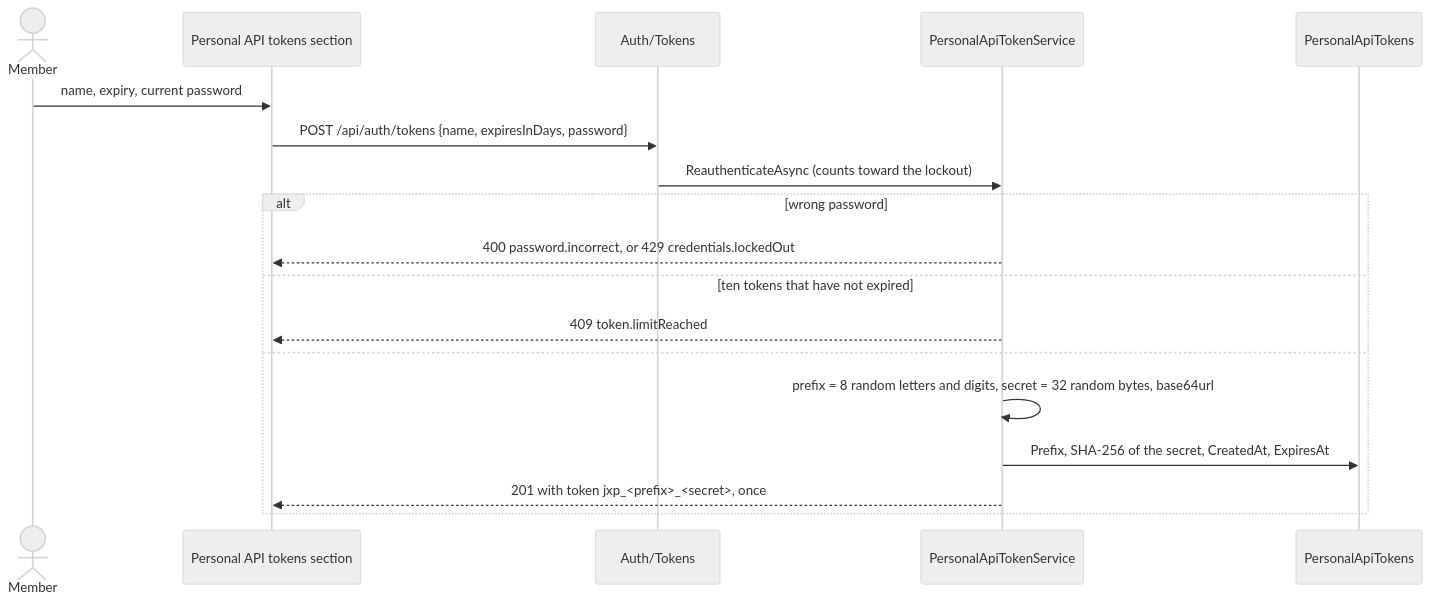
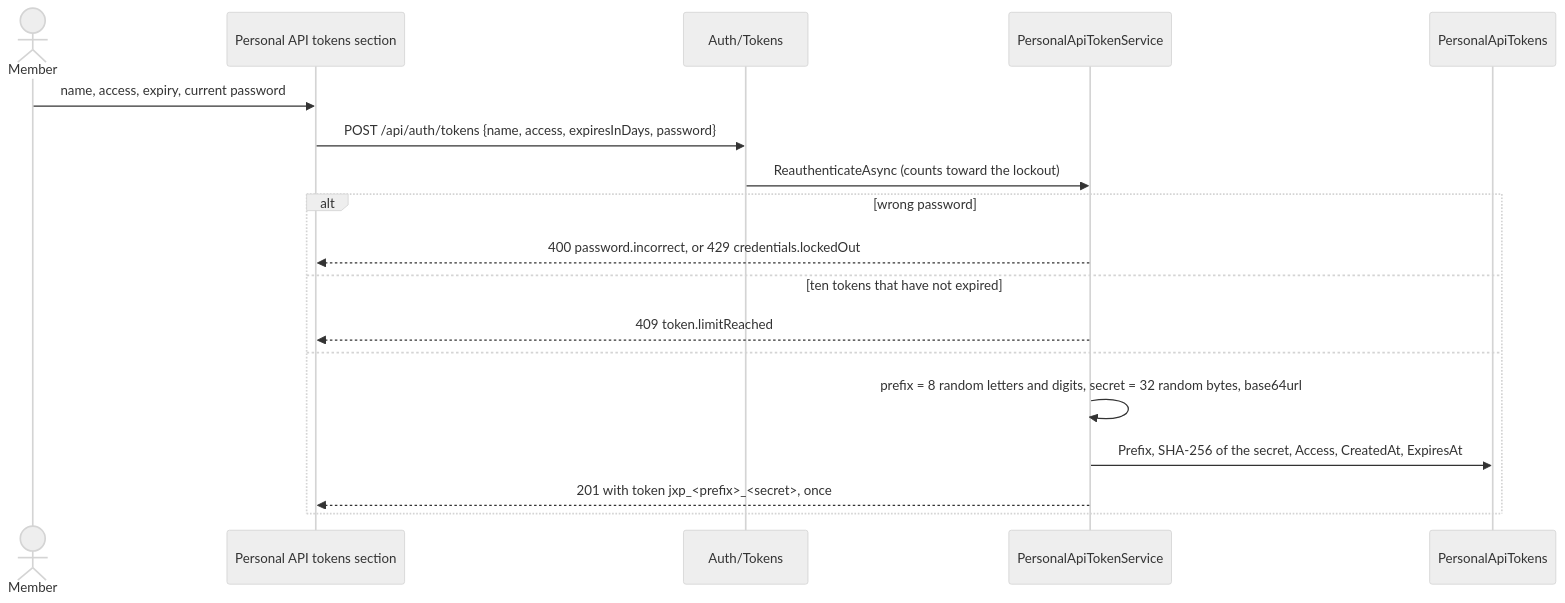
One commit to Justxs/Jx-Finance changed the diagram in docs/features/personal-api-tokens.md. Above: the diagram before and after it, drawn with Mermaid (neutral theme). The commit also changed other lines of this file and 117 other files, not shown here.

First line of the commit message:
feat(auth): let personal API tokens write, and add a read-only MCP server

````diff
--- a/docs/features/personal-api-tokens.md
+++ b/docs/features/personal-api-tokens.md
@@ -13,20 +13,20 @@
 ```mermaid
 sequenceDiagram
     actor Member
     participant App as Personal API tokens section
     participant Api as Auth/Tokens
     participant Svc as PersonalApiTokenService
     participant Db as PersonalApiTokens
-    Member->>App: name, expiry, current password
-    App->>Api: POST /api/auth/tokens {name, expiresInDays, password}
+    Member->>App: name, access, expiry, current password
+    App->>Api: POST /api/auth/tokens {name, access, expiresInDays, password}
     Api->>Svc: ReauthenticateAsync (counts toward the lockout)
     alt wrong password
         Svc-->>App: 400 password.incorrect, or 429 credentials.lockedOut
     else ten tokens that have not expired
         Svc-->>App: 409 token.limitReached
     else
         Svc->>Svc: prefix = 8 random letters and digits, secret = 32 random bytes, base64url
-        Svc->>Db: Prefix, SHA-256 of the secret, CreatedAt, ExpiresAt
+        Svc->>Db: Prefix, SHA-256 of the secret, Access, CreatedAt, ExpiresAt
         Svc-->>App: 201 with token jxp_<prefix>_<secret>, once
     end
 ```
````
